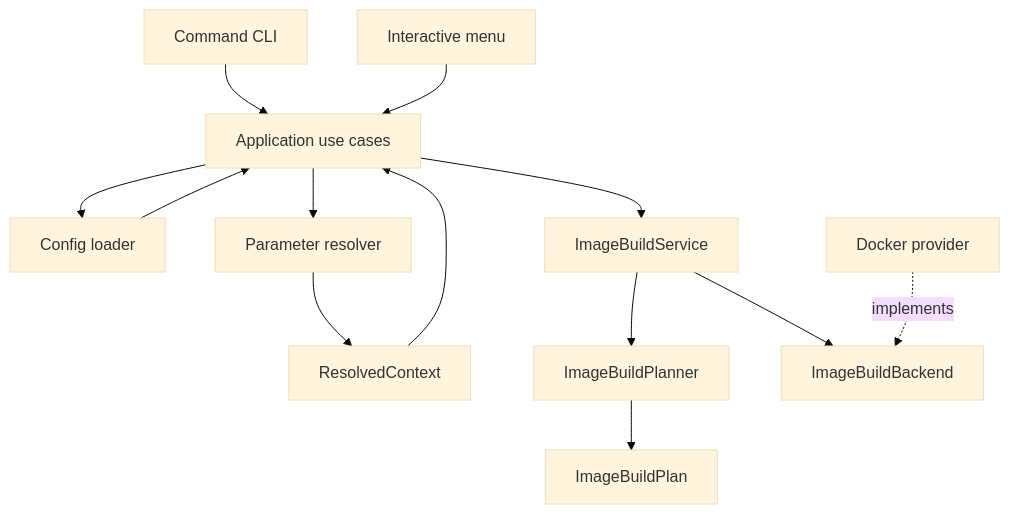
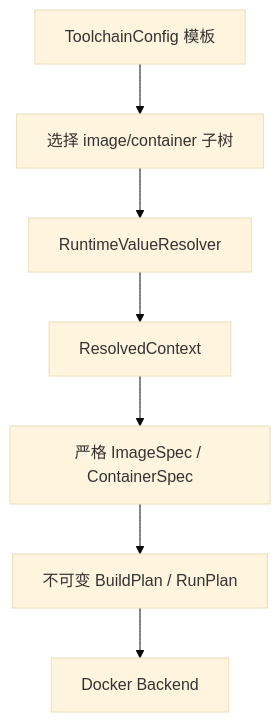
Before and after one commit to zz990099/Rigyard: the diagram in docs/architecture.md, drawn with Mermaid (base theme). The commit also changed other lines of this file and 63 other files, not shown here.

Commit message:
feat: redesign inline runtime value system

````diff
--- a/docs/architecture.md
+++ b/docs/architecture.md
@@ -5,15 +7,9 @@
 ```mermaid
 flowchart TD
-    Commands[Command CLI] --> Application[Application use cases]
-    Menu[Interactive menu] --> Application
-    Application --> Config[Config loader]
-    Application --> Parameters[Parameter resolver]
-    Parameters --> Context[ResolvedContext]
-    Application --> Service[ImageBuildService]
-    Config --> Application
-    Context --> Application
-    Service --> Planner[ImageBuildPlanner]
-    Planner --> Plan[ImageBuildPlan]
-    Service --> Port[ImageBuildBackend]
-    Docker[Docker provider] -. implements .-> Port
+    A[ToolchainConfig 模板] --> B[选择 image/container 子树]
+    B --> C[RuntimeValueResolver]
+    C --> D[ResolvedContext]
+    D --> E[严格 ImageSpec / ContainerSpec]
+    E --> F[不可变 BuildPlan / RunPlan]
+    F --> G[Docker Backend]
 ```
````
